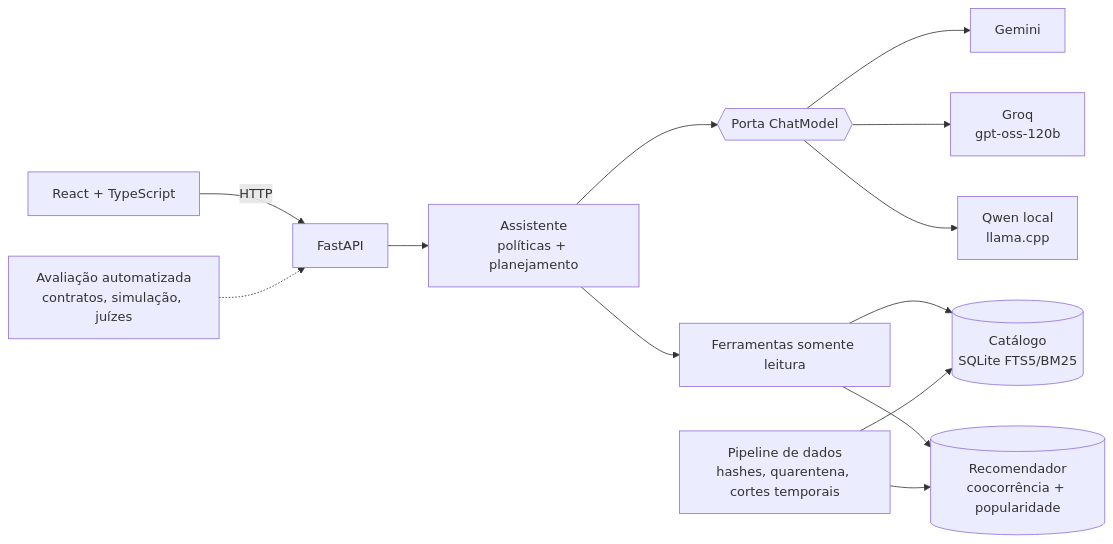
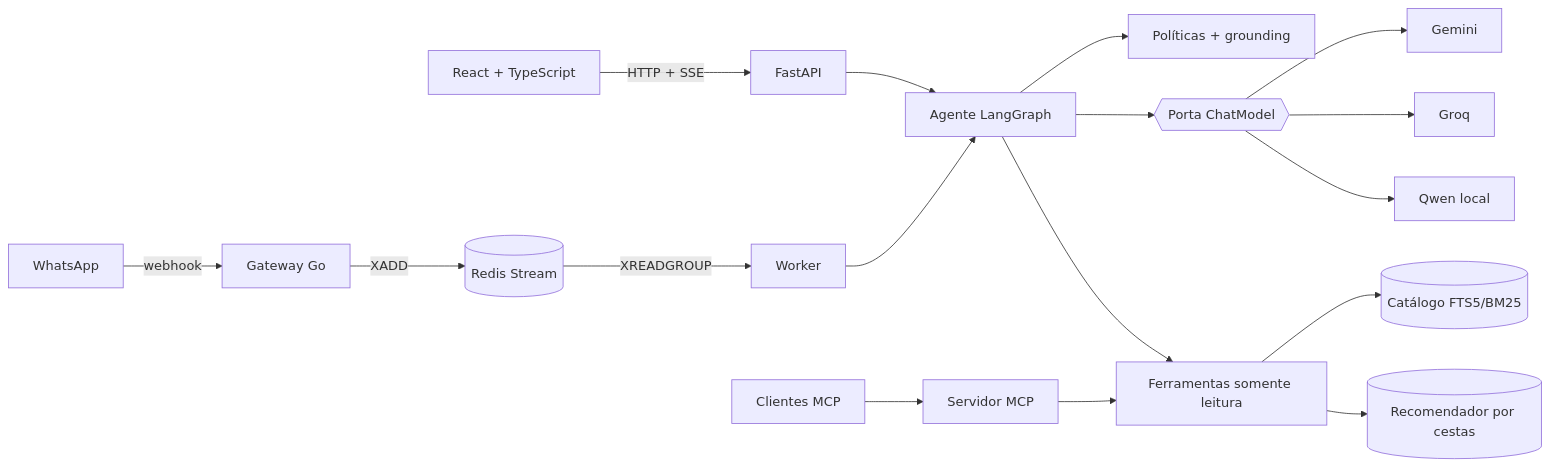
One commit to luccaamp/mesa-food-discovery-agent changed the diagram in README.md. Above: the diagram before and after it, drawn with Mermaid. The commit also changed other lines of this file and 1 other file, not shown here.

Commit message:
docs: README and roadmap for agent, WhatsApp, MCP and evaluation results

````diff
--- a/README.md
+++ b/README.md
@@ -34,15 +74,16 @@
 ```mermaid
 flowchart LR
-  UI[React + TypeScript] -->|HTTP| API[FastAPI]
-  API --> SVC[Assistente<br/>políticas + planejamento]
-  SVC --> PORT{{Porta ChatModel}}
-  PORT --> GEM[Gemini]
-  PORT --> GROQ[Groq<br/>gpt-oss-120b]
-  PORT --> QWEN[Qwen local<br/>llama.cpp]
-  SVC --> TOOLS[Ferramentas somente leitura]
-  TOOLS --> CAT[(Catálogo<br/>SQLite FTS5/BM25)]
-  TOOLS --> REC[(Recomendador<br/>coocorrência + popularidade)]
-  PIPE[Pipeline de dados<br/>hashes, quarentena, cortes temporais] --> CAT
-  PIPE --> REC
-  EVAL[Avaliação automatizada<br/>contratos, simulação, juízes] -.-> API
+  WEB[React + TypeScript] -->|HTTP + SSE| API[FastAPI]
+  WA[WhatsApp] -->|webhook| GW[Gateway Go]
+  GW -->|XADD| Q[(Redis Stream)]
+  Q -->|XREADGROUP| WK[Worker]
+  MCPC[Clientes MCP] --> MCP[Servidor MCP]
+  API --> AG[Agente LangGraph]
+  WK --> AG
+  AG --> POL[Políticas + grounding]
+  AG --> PORT{{Porta ChatModel}}
+  PORT --> GEM[Gemini] & GROQ[Groq] & QWEN[Qwen local]
+  AG --> TOOLS[Ferramentas somente leitura]
+  MCP --> TOOLS
+  TOOLS --> CAT[(Catálogo FTS5/BM25)] & REC[(Recomendador por cestas)]
 ```
````
